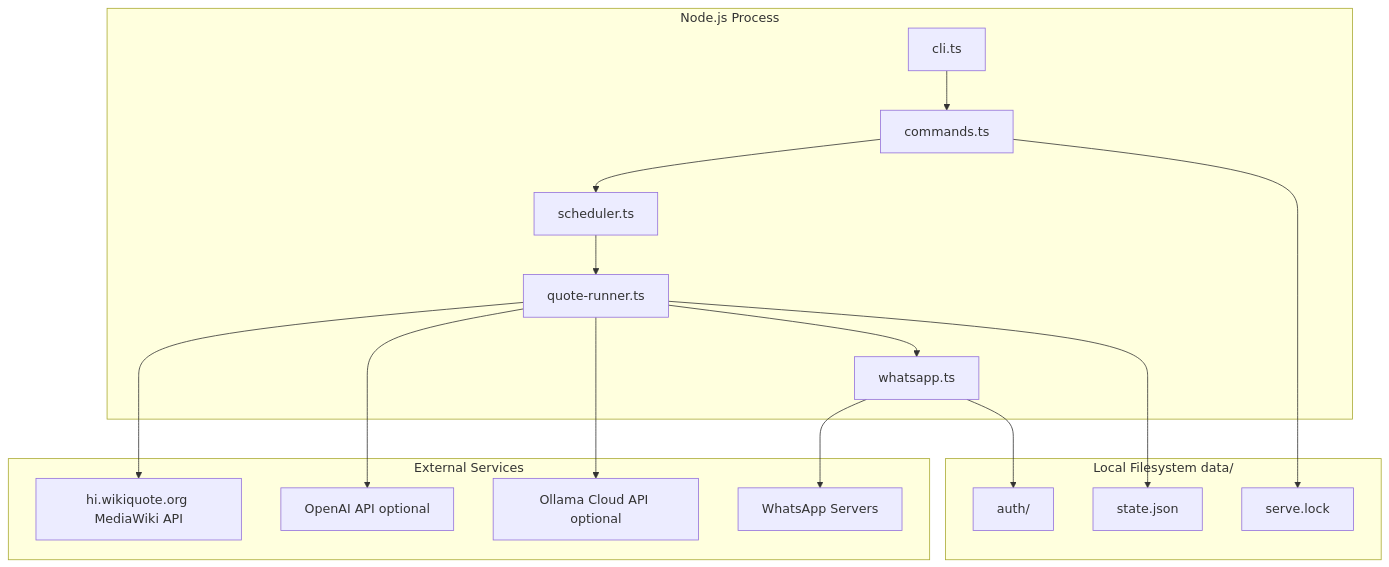
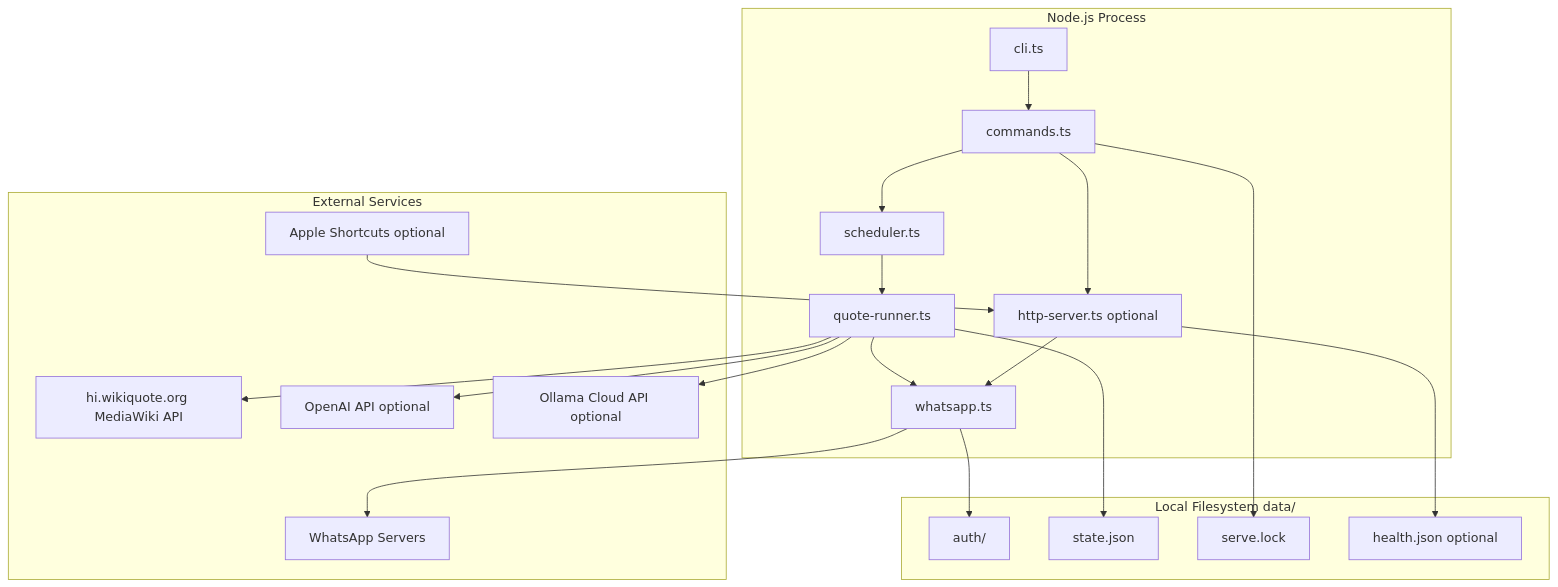
One commit to sidntrivedi/wapp-quote changed the first of 4 diagrams in docs/ARCHITECTURE.md. Above: the diagram before and after it, drawn with Mermaid. The commit also changed other lines of this file and 19 other files, not shown here.

````diff
--- a/docs/ARCHITECTURE.md
+++ b/docs/ARCHITECTURE.md
@@ -25,35 +29,42 @@
 ```mermaid
 graph TB
     subgraph process [Node.js Process]
         CLI[cli.ts]
         CMD[commands.ts]
         SCH[scheduler.ts]
         RUN[quote-runner.ts]
         WA[whatsapp.ts]
+        HTTP[http-server.ts optional]
     end
 
     subgraph storage [Local Filesystem data/]
         AUTH[auth/]
         STATE[state.json]
         LOCK[serve.lock]
+        HEALTH[health.json optional]
     end
 
     subgraph external [External Services]
         WQ[hi.wikiquote.org MediaWiki API]
         OAI[OpenAI API optional]
         OLL[Ollama Cloud API optional]
         WANET[WhatsApp Servers]
+        SHORT[Apple Shortcuts optional]
     end
 
     CLI --> CMD
     CMD --> SCH
     SCH --> RUN
     RUN --> WA
     WA --> AUTH
     WA --> WANET
     RUN --> WQ
     RUN --> OAI
     RUN --> OLL
     RUN --> STATE
     CMD --> LOCK
+    CMD --> HTTP
+    SHORT --> HTTP
+    HTTP --> HEALTH
+    HTTP --> WA
 ```
````
